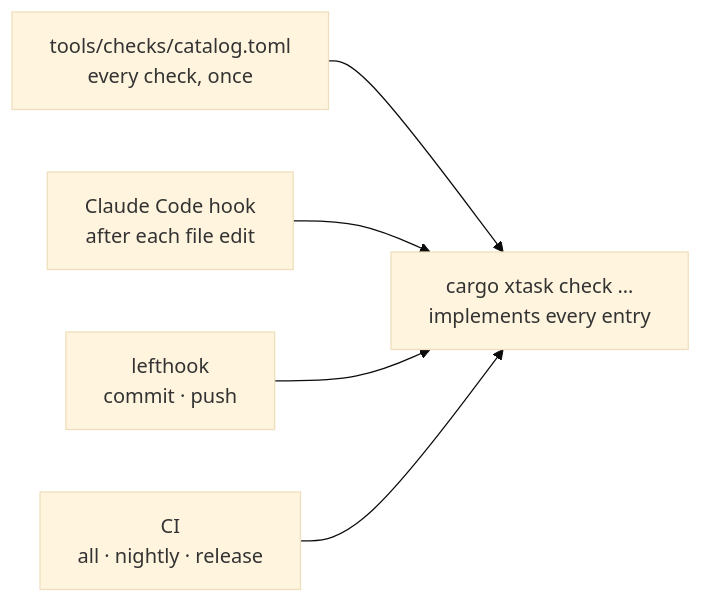
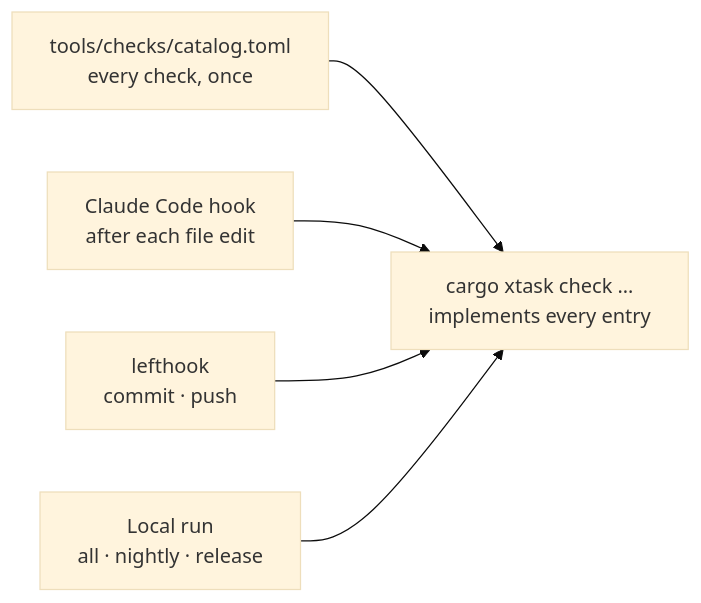
The diagram in docs/architecture/10-checks.md (Nusi42/Bugaboo), drawn with Mermaid (base theme) before and after one commit. The commit also changed other lines of this file and 16 other files, not shown here.

````diff
--- a/docs/architecture/10-checks.md
+++ b/docs/architecture/10-checks.md
@@ -7,12 +7,12 @@
 ```mermaid
 flowchart LR
   cat["tools/checks/catalog.toml<br/>every check, once"]
   xt["cargo xtask check …<br/>implements every entry"]
   edit["Claude Code hook<br/>after each file edit"]
   commit["lefthook<br/>commit · push"]
-  ci["CI<br/>all · nightly · release"]
+  ci["Local run<br/>all · nightly · release"]
   cat --> xt
   edit --> xt
   commit --> xt
   ci --> xt
 ```
````
